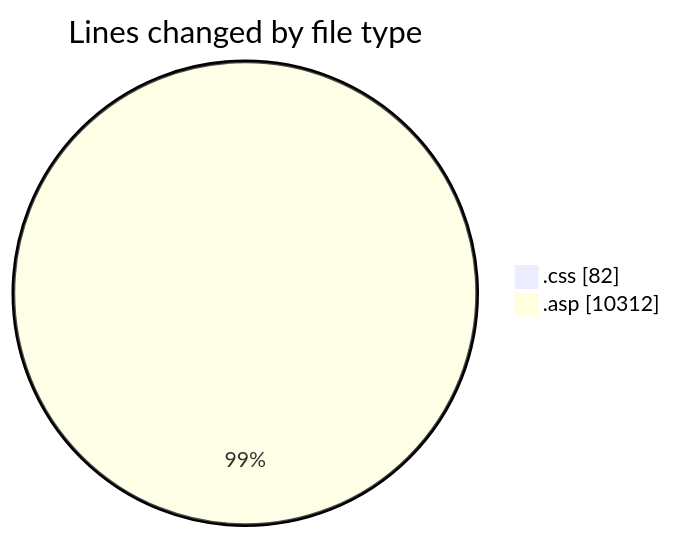
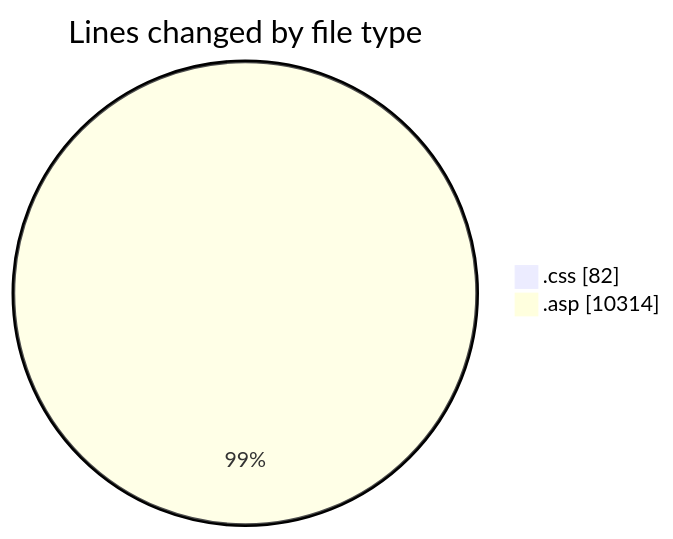
The first of 2 diagrams in 2025-11-16/cdp_aleoudev_fr__workspace_/README.md (julien-gomy/code-tracking), drawn with Mermaid before and after one commit. The commit also changed other lines of this file and 1 other file, not shown here.

````diff
--- a/2025-11-16/cdp_aleoudev_fr__workspace_/README.md
+++ b/2025-11-16/cdp_aleoudev_fr__workspace_/README.md
@@ -34,6 +34,6 @@
 ```mermaid
 pie showData
 title Lines changed by file type
 ".css" : 82
-".asp" : 10312
+".asp" : 10314
 ```
````
